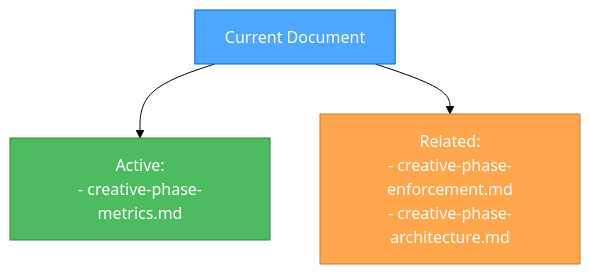
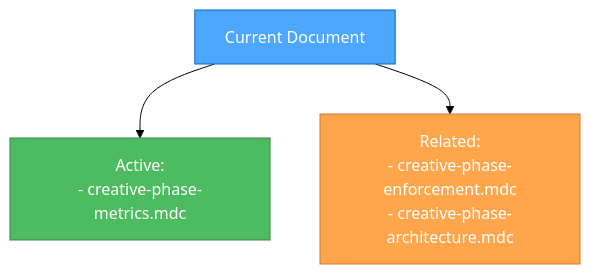
The fourth of 4 diagrams in .cursor/rules/isolation_rules/Core/creative-phase-metrics.mdc (vedmalex/b-plus-tree), drawn with Mermaid (forest theme) before and after one commit. The commit also changed other lines of this file and 53 other files, not shown here.

````diff
--- a/.cursor/rules/isolation_rules/Core/creative-phase-metrics.mdc
+++ b/.cursor/rules/isolation_rules/Core/creative-phase-metrics.mdc
@@ -187,9 +187,9 @@
 ```mermaid
 graph TD
-    Current["Current Document"] --> Active["Active:<br>- creative-phase-metrics.md"]
-    Current --> Related["Related:<br>- creative-phase-enforcement.md<br>- creative-phase-architecture.md"]
-    
+    Current["Current Document"] --> Active["Active:<br>- creative-phase-metrics.mdc"]
+    Current --> Related["Related:<br>- creative-phase-enforcement.mdc<br>- creative-phase-architecture.mdc"]
+
     style Current fill:#4da6ff,stroke:#0066cc,color:white
     style Active fill:#4dbb5f,stroke:#36873f,color:white
     style Related fill:#ffa64d,stroke:#cc7a30,color:white
-``` 
+```
````
